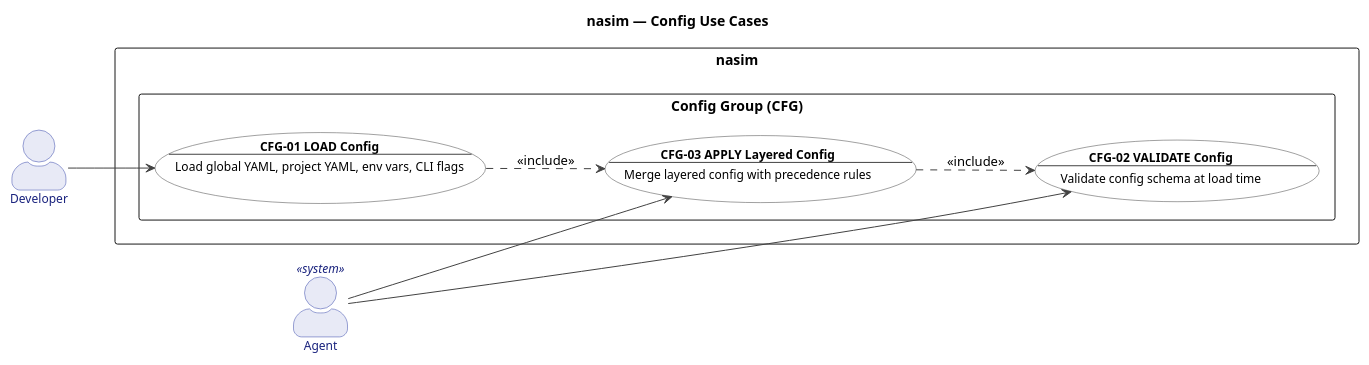
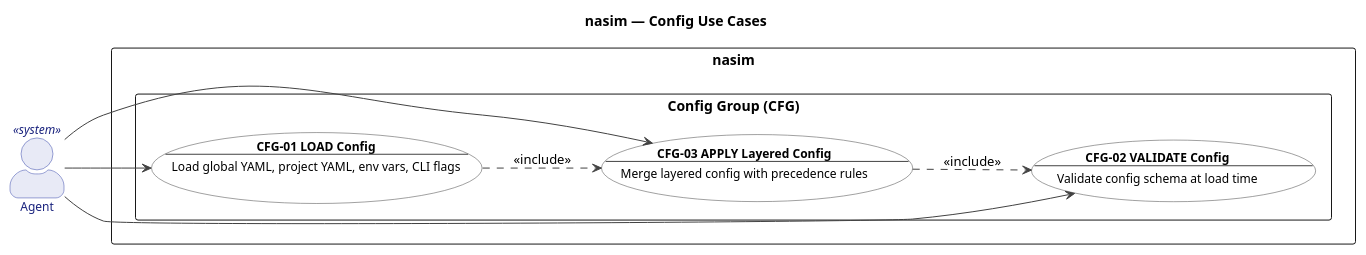
Before and after one commit to salimnamvar/nasim: diagram 17 of 22 in UC.md, drawn with PlantUML. The commit also changed other lines of this file and 9 other files, not shown here.

```diff
--- a/UC.md
+++ b/UC.md
@@ -1639,70 +1664,69 @@
 @startuml uc_config
 
 ' ============================================================
 ' Title:     nasim — UC: Config Group
 ' Group:     CFG (Configuration)
 ' Boundary:  nasim code agent
 ' Purpose:   Config loading, validation, and layered overrides
 ' Milestone: v1.0
 ' Version:   6.0.0
 ' Source:    docs/ENTITIES.md
 ' Review:    docs/audit/audit.2026.06.20.uc-layer.car.md
 ' ============================================================
 
 left to right direction
 
 title nasim — Config Use Cases
 
 skinparam actorStyle awesome
 skinparam packageStyle rectangle
 
 skinparam usecase {
   BackgroundColor #FFFFFF
   BorderColor #424242
   FontColor #000000
   ArrowColor #424242
   FontSize 12
 }
 
 skinparam actor {
   BackgroundColor #E8EAF6
   BorderColor #3949AB
   FontColor #1A237E
   FontSize 12
 }
 
 ' ============================================================
 ' Actors
 ' ============================================================
 
-actor "Developer" as Developer
 actor "Agent" as Agent <<system>>
 
 ' ============================================================
 ' System Boundary
 ' ============================================================
 
 rectangle "nasim" {
   package "Config Group (CFG)" {
     usecase "**CFG-01 LOAD Config**\n--\nLoad global YAML, project YAML, env vars, CLI flags" as CFG01
     usecase "**CFG-02 VALIDATE Config**\n--\nValidate config schema at load time" as CFG02
     usecase "**CFG-03 APPLY Layered Config**\n--\nMerge layered config with precedence rules" as CFG03
   }
 }
 
 ' ============================================================
 ' Actor -> Use Case Associations
 ' ============================================================
 
-Developer --> CFG01
+Agent --> CFG01
 Agent --> CFG02
 Agent --> CFG03
 
 ' ============================================================
 ' Relationships
 ' ============================================================
 
 CFG01 ..> CFG03 : <<include>>
 CFG03 ..> CFG02 : <<include>>
 
 @enduml
```
